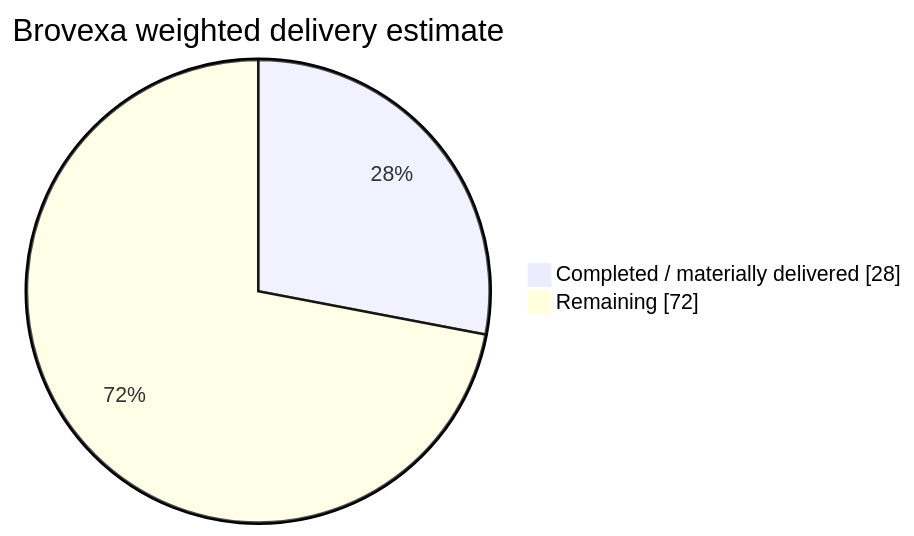
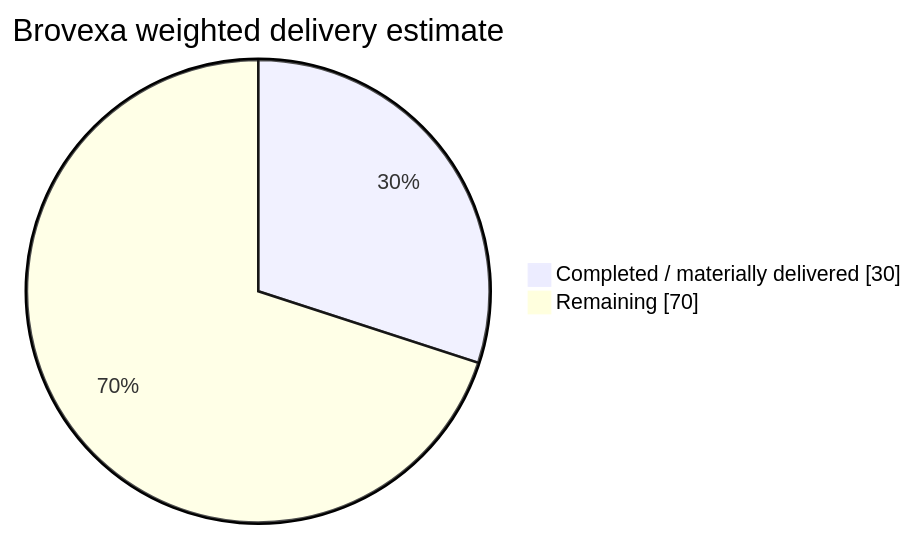
One commit to Vertex-Systems-Network/brovexa changed the diagram in README.md. Above: the diagram before and after it, drawn with Mermaid. The commit also changed other lines of this file and 13 other files, not shown here.

````diff
--- a/README.md
+++ b/README.md
@@ -17,6 +17,6 @@
 ```mermaid
 pie showData
     title Brovexa weighted delivery estimate
-    "Completed / materially delivered" : 28
-    "Remaining" : 72
+    "Completed / materially delivered" : 30
+    "Remaining" : 70
 ```
````
